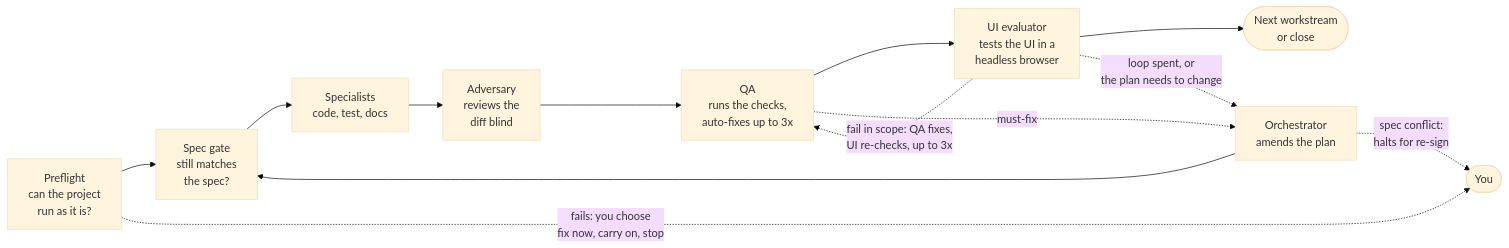
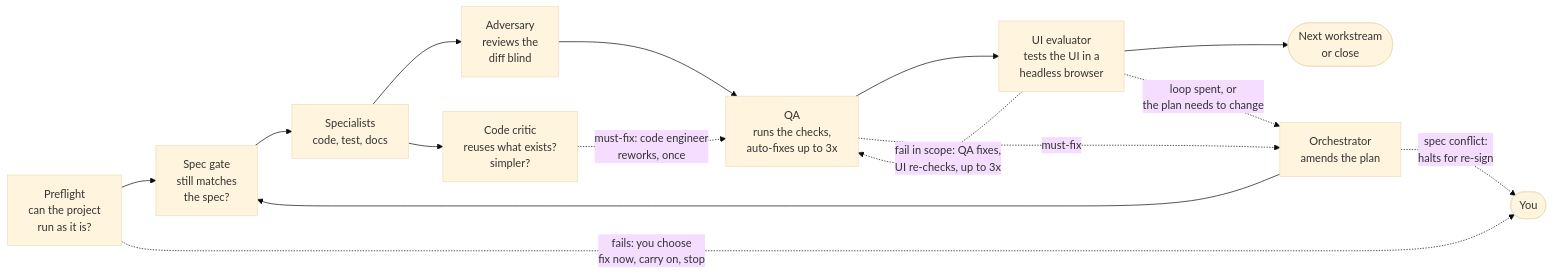
The third of 3 diagrams in plugins/harness/README.md (gjkoplik/skills), drawn with Mermaid (base theme) before and after one commit. The commit also changed other lines of this file and 11 other files, not shown here.

First line of the commit message:
harness: a code critic, and one round of rework (#14)

````diff
--- a/plugins/harness/README.md
+++ b/plugins/harness/README.md
@@ -72,15 +74,17 @@
 ```mermaid
 flowchart LR
     P["Preflight<br/>can the project<br/>run as it is?"] --> G["Spec gate<br/>still matches<br/>the spec?"]
     P -. "fails: you choose<br/>fix now, carry on, stop" .-> YOU([You])
     G --> S["Specialists<br/>code, test, docs"]
     S --> A["Adversary<br/>reviews the<br/>diff blind"]
+    S --> C["Code critic<br/>reuses what exists?<br/>simpler?"]
+    C -. "must-fix: code engineer<br/>reworks, once" .-> Q
     A --> Q["QA<br/>runs the checks,<br/>auto-fixes up to 3x"]
     Q --> U["UI evaluator<br/>tests the UI in a<br/>headless browser"]
     U -. "fail in scope: QA fixes,<br/>UI re-checks, up to 3x" .-> Q
     U --> N([Next workstream<br/>or close])
     Q -. "must-fix" .-> O["Orchestrator<br/>amends the plan"]
     U -. "loop spent, or<br/>the plan needs to change" .-> O
     O --> G
     O -. "spec conflict:<br/>halts for re-sign" .-> YOU
 ```
````
